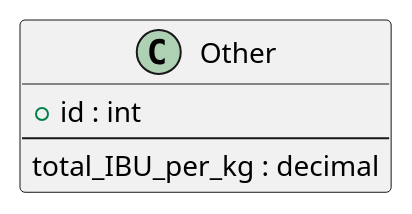
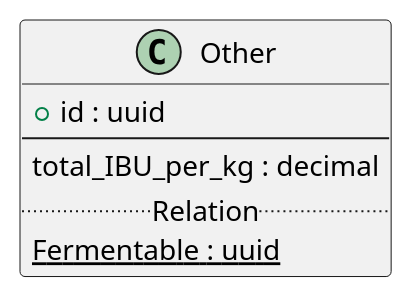
Before and after one commit to asbor/iu-project-software-engineering: the diagram in documents/docs/plantuml/ERD/ingredients/Fermentable/Other.puml, drawn with PlantUML. The commit also changed 75 other files, not shown here.

```diff
--- a/documents/docs/plantuml/ERD/ingredients/Fermentable/Other.puml
+++ b/documents/docs/plantuml/ERD/ingredients/Fermentable/Other.puml
@@ -1,9 +1,11 @@
 @startuml
 class "Other" as Other {
-    + id : int
+    + id : uuid
     --
     total_IBU_per_kg : decimal
+    ..Relation..
+    {static} Fermentable : uuid
 }
 
 
 @enduml
```
